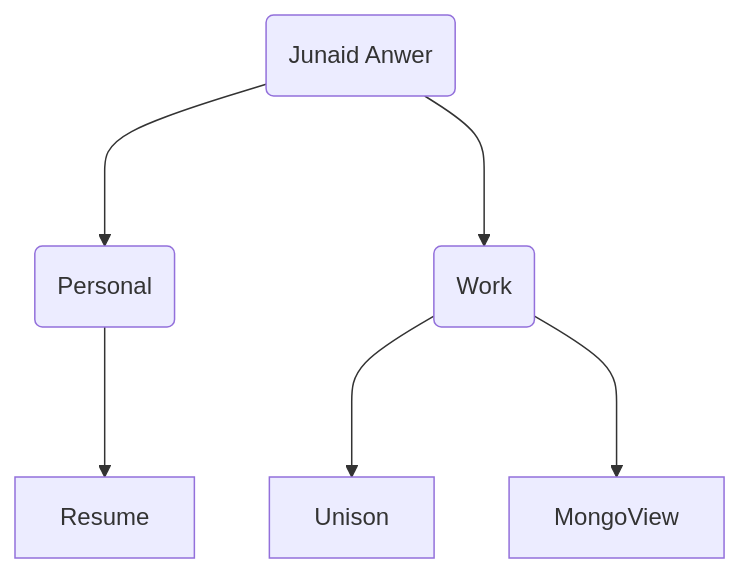
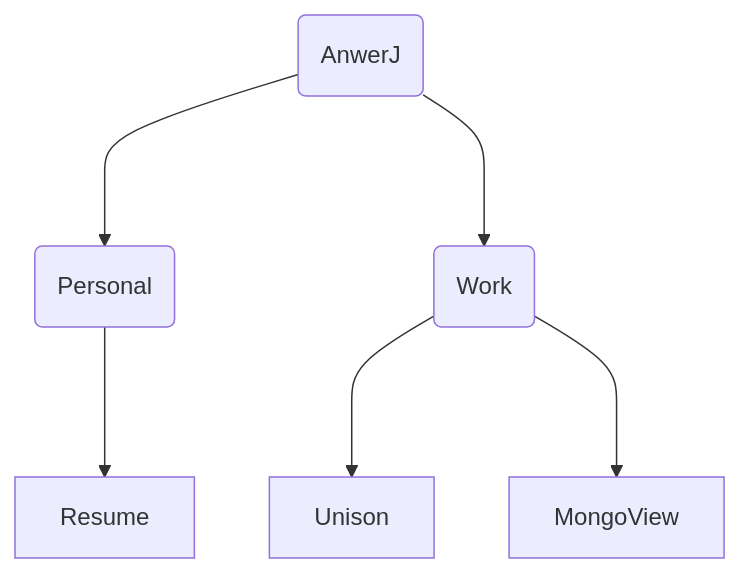
One commit to anwerj/anwerj.github.io changed the diagram in README.md. Above: the diagram before and after it, drawn with Mermaid. The commit also changed other lines of this file and 14 other files, not shown here.

````diff
--- a/README.md
+++ b/README.md
@@ -4,11 +4,11 @@
 ```mermaid
 flowchart TD
-  A(Junaid Anwer) ---> Per(Personal) & Work(Work)
+  A(AnwerJ) ---> Per(Personal) & Work(Work)
   Per---> Resume
   Work ---> Unison & MongoView
-  
+
   click Resume "https://i.anwerj.com/resume/Fullstack_Developer(PHP+NodeJs).html"
   click Unison "https://i.anwerj.com/unison"
   click MongoView "https://i.anwerj.com/mymongoview"
-  
+
  ```
````
